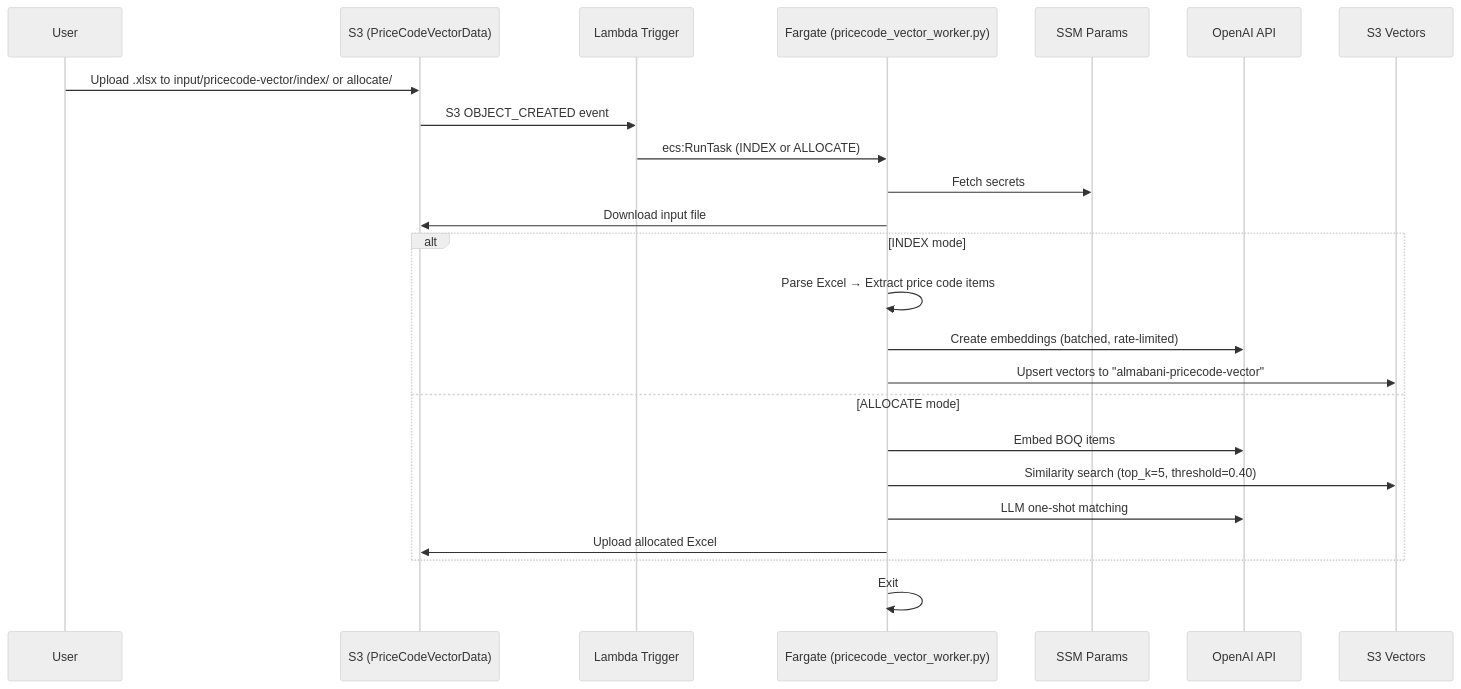
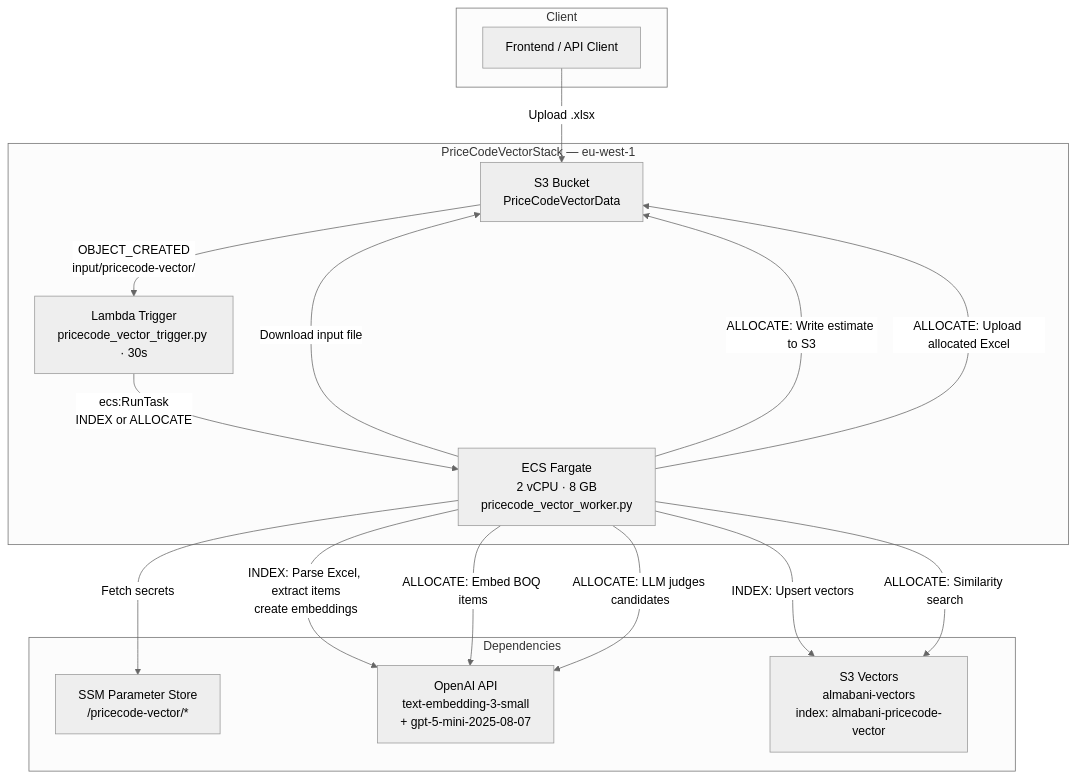
One commit to mahmoudayoub/mabani changed the fourth of 6 diagrams in docs/ARCHITECTURE-BOQ.md. Above: the diagram before and after it, drawn with Mermaid (neutral theme). The commit also changed other lines of this file and 7 other files, not shown here.

Commit message:
Update deployment documentation, enhance architecture diagrams, and upgrade OpenAI model references

````diff
--- a/docs/ARCHITECTURE-BOQ.md
+++ b/docs/ARCHITECTURE-BOQ.md
@@ -283,30 +204,33 @@
 ```mermaid
-sequenceDiagram
-    participant User
-    participant S3 as S3 (PriceCodeVectorData)
-    participant Lambda as Lambda Trigger
-    participant Fargate as Fargate (pricecode_vector_worker.py)
-    participant SSM as SSM Params
-    participant OpenAI as OpenAI API
-    participant S3V as S3 Vectors
-
-    User->>S3: Upload .xlsx to input/pricecode-vector/index/ or allocate/
-    S3->>Lambda: S3 OBJECT_CREATED event
-    Lambda->>Fargate: ecs:RunTask (INDEX or ALLOCATE)
-
-    Fargate->>SSM: Fetch secrets
-    Fargate->>S3: Download input file
-
-    alt INDEX mode
-        Fargate->>Fargate: Parse Excel → Extract price code items
-        Fargate->>OpenAI: Create embeddings (batched, rate-limited)
-        Fargate->>S3V: Upsert vectors to "almabani-pricecode-vector"
-    else ALLOCATE mode
-        Fargate->>OpenAI: Embed BOQ items
-        Fargate->>S3V: Similarity search (top_k=5, threshold=0.40)
-        Fargate->>OpenAI: LLM one-shot matching
-        Fargate->>S3: Upload allocated Excel
+graph TB
+    subgraph "Client"
+        USER[Frontend / API Client]
     end
 
-    Fargate->>Fargate: Exit
+    subgraph "PriceCodeVectorStack — eu-west-1"
+        S3V[S3 Bucket<br/>PriceCodeVectorData]
+        LTV[Lambda Trigger<br/>pricecode_vector_trigger.py · 30s]
+        ECSV[ECS Fargate<br/>2 vCPU · 8 GB<br/>pricecode_vector_worker.py]
+    end
+
+    subgraph "Dependencies"
+        SSM[SSM Parameter Store<br/>/pricecode-vector/*]
+        OAI[OpenAI API<br/>text-embedding-3-small<br/>+ gpt-5-mini-2025-08-07]
+        S3VEC[S3 Vectors<br/>almabani-vectors<br/>index: almabani-pricecode-vector]
+    end
+
+    USER -->|Upload .xlsx| S3V
+    S3V -->|OBJECT_CREATED<br/>input/pricecode-vector/| LTV
+    LTV -->|ecs:RunTask<br/>INDEX or ALLOCATE| ECSV
+    ECSV -->|Fetch secrets| SSM
+    ECSV -->|Download input file| S3V
+
+    ECSV -->|INDEX: Parse Excel, extract items<br/>create embeddings| OAI
+    ECSV -->|INDEX: Upsert vectors| S3VEC
+
+    ECSV -->|ALLOCATE: Embed BOQ items| OAI
+    ECSV -->|ALLOCATE: Similarity search| S3VEC
+    ECSV -->|ALLOCATE: LLM judges candidates| OAI
+    ECSV -->|ALLOCATE: Write estimate to S3| S3V
+    ECSV -->|ALLOCATE: Upload allocated Excel| S3V
 ```
````
